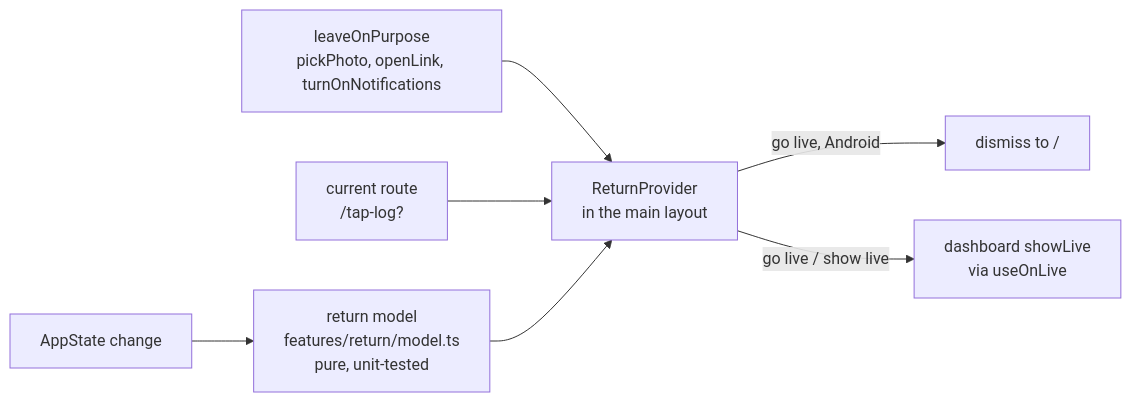
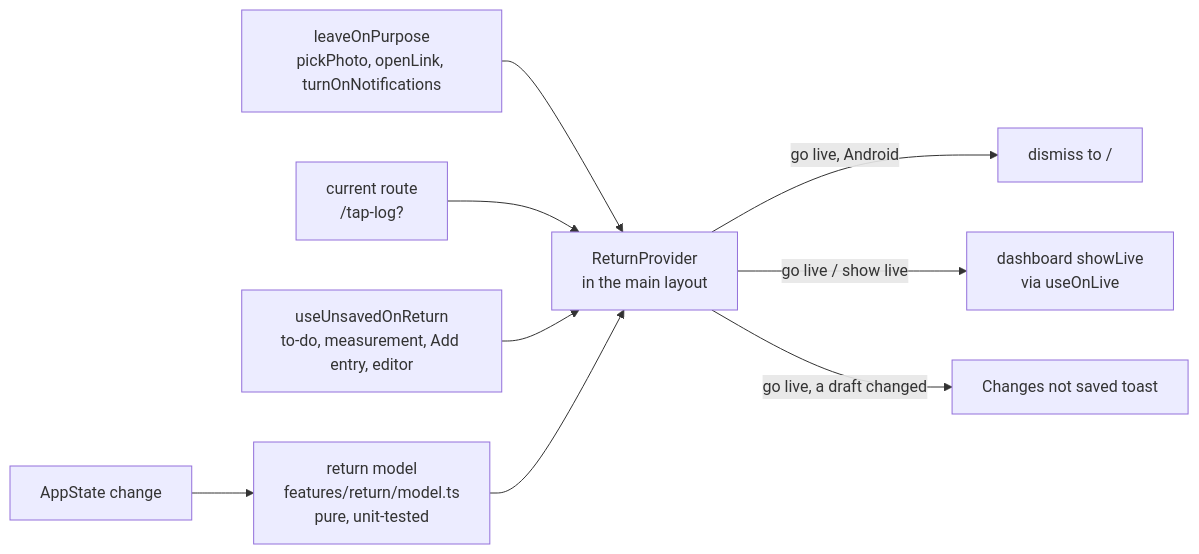
Before and after one commit to alfredskeden/molly: the second of 2 diagrams in plans/implan-live-on-return/MENTAL_MODEL.md, drawn with Mermaid. The commit also changed other lines of this file and 3 other files, not shown here.

Commit message:
Plan #40: Changes not saved for every draft the return drops

````diff
--- a/plans/implan-live-on-return/MENTAL_MODEL.md
+++ b/plans/implan-live-on-return/MENTAL_MODEL.md
@@ -52,9 +55,11 @@
 ```mermaid
 flowchart LR
   AS[AppState change] --> M[return model<br/>features/return/model.ts<br/>pure, unit-tested]
   O[leaveOnPurpose<br/>pickPhoto, openLink, turnOnNotifications] --> P
   RT[current route<br/>/tap-log?] --> P
+  U[useUnsavedOnReturn<br/>to-do, measurement, Add entry, editor] --> P
   M --> P[ReturnProvider<br/>in the main layout]
   P -- go live, Android --> D[dismiss to /]
   P -- go live / show live --> SL[dashboard showLive<br/>via useOnLive]
+  P -- go live, a draft changed --> TO[Changes not saved toast]
 ```
````
